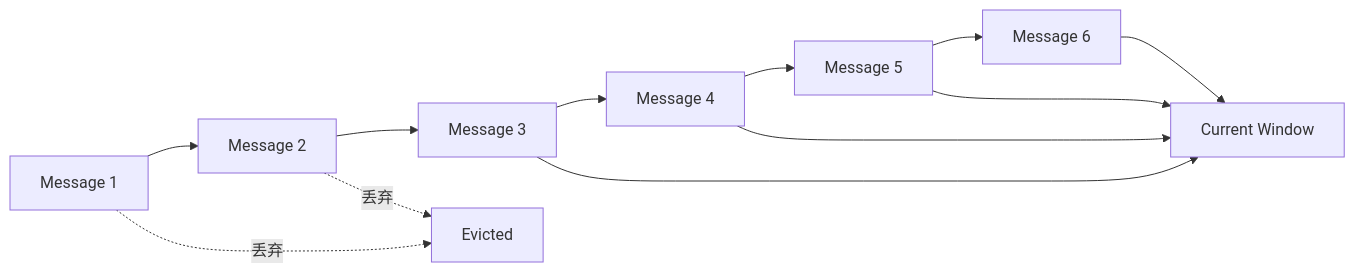
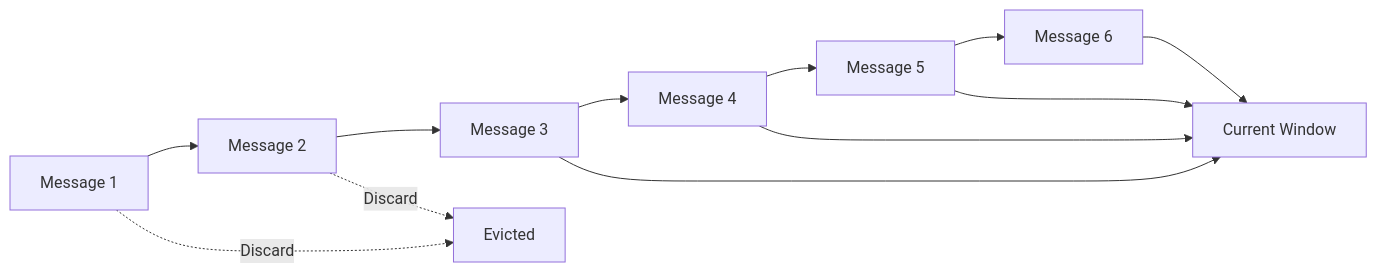
The second of 15 diagrams in docs/agent/03-memory-context/10-agent-memory-compression.md (oneleaveknowsthefall/awesome-ai-roadmap), drawn with Mermaid before and after one commit. The commit also changed other lines of this file and 68 other files, not shown here.

````diff
--- a/docs/agent/03-memory-context/10-agent-memory-compression.md
+++ b/docs/agent/03-memory-context/10-agent-memory-compression.md
@@ -92,15 +92,15 @@
 ```mermaid
 flowchart LR
     M1[Message 1] --> M2[Message 2]
     M2 --> M3[Message 3]
     M3 --> M4[Message 4]
     M4 --> M5[Message 5]
     M5 --> M6[Message 6]
 
-    M1 -.丢弃.-> X[Evicted]
-    M2 -.丢弃.-> X
+    M1 -.Discard.-> X[Evicted]
+    M2 -.Discard.-> X
     M3 --> K[Current Window]
     M4 --> K
     M5 --> K
     M6 --> K
 ```
````
